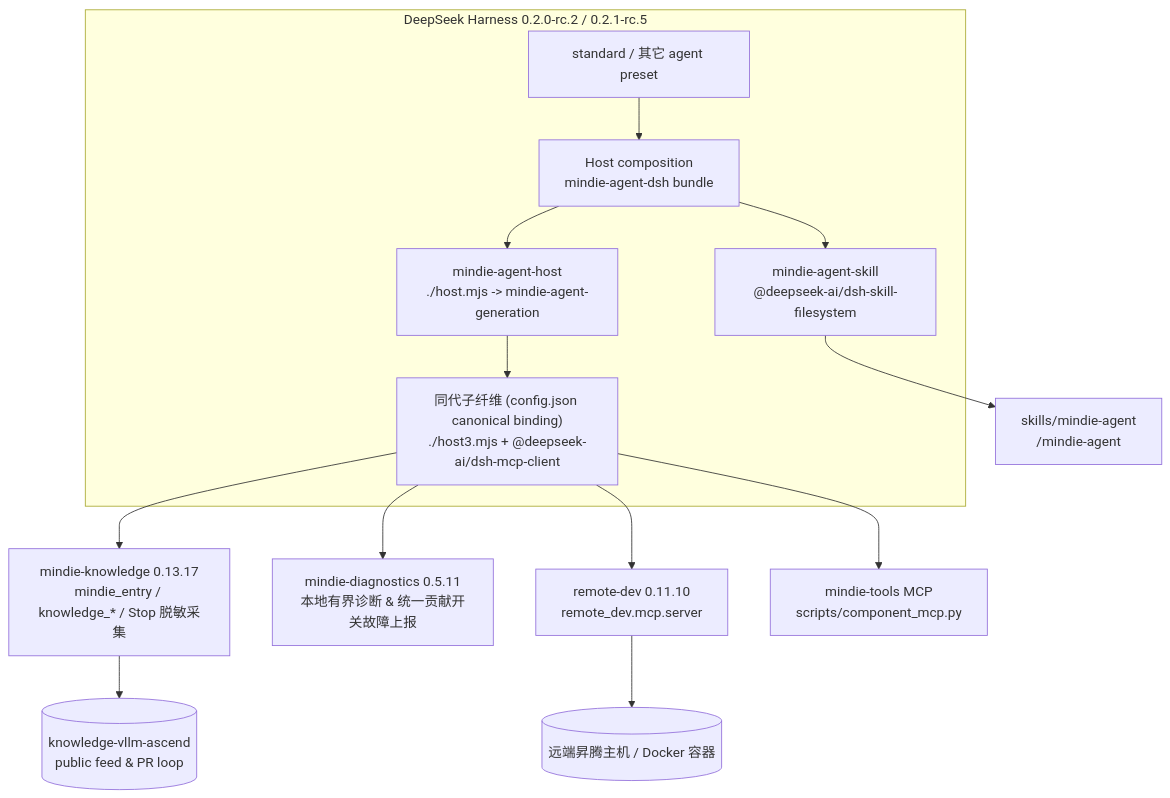
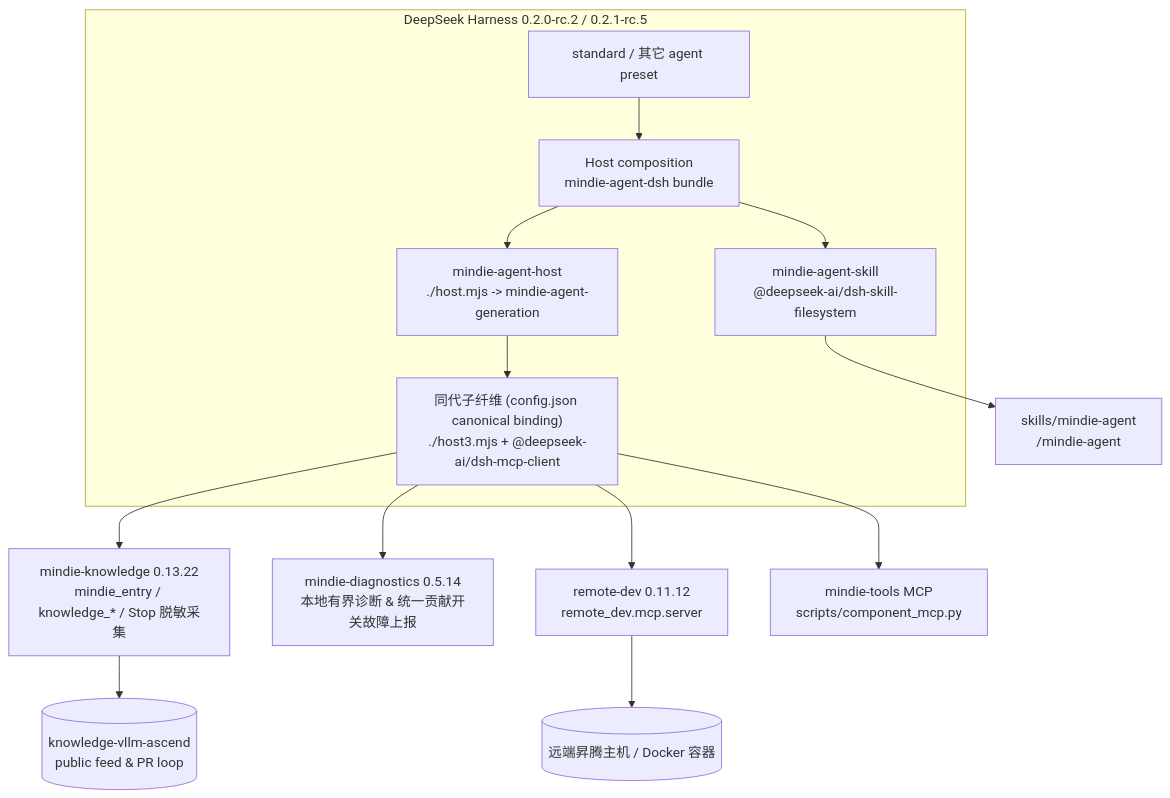
Before and after one commit to mindie-agent/mindie-agent-dsh: the diagram in README.md, drawn with Mermaid. The commit also changed other lines of this file and 28 other files, not shown here.

````diff
--- a/README.md
+++ b/README.md
@@ -169,21 +169,21 @@
 ```mermaid
 flowchart TB
   subgraph DSH["DeepSeek Harness 0.2.0-rc.2 / 0.2.1-rc.5"]
     HOST["Host composition<br/>mindie-agent-dsh bundle"]
     STD["standard / 其它 agent preset"]
     SKILL["mindie-agent-skill<br/>@deepseek-ai/dsh-skill-filesystem"]
     HPLUG["mindie-agent-host<br/>./host.mjs -> mindie-agent-generation"]
     GEN["同代子纤维 (config.json canonical binding)<br/>./host3.mjs + @deepseek-ai/dsh-mcp-client"]
     STD --> HOST
     HOST --> SKILL
     HOST --> HPLUG
     HPLUG --> GEN
   end
   SKILL --> SK["skills/mindie-agent<br/>/mindie-agent"]
-  GEN --> KS["mindie-knowledge 0.13.17<br/>mindie_entry / knowledge_* / Stop 脱敏采集"]
-  GEN --> DIAG["mindie-diagnostics 0.5.11<br/>本地有界诊断 & 统一贡献开关故障上报"]
+  GEN --> KS["mindie-knowledge 0.13.22<br/>mindie_entry / knowledge_* / Stop 脱敏采集"]
+  GEN --> DIAG["mindie-diagnostics 0.5.14<br/>本地有界诊断 & 统一贡献开关故障上报"]
   KS --> FEED[("knowledge-vllm-ascend<br/>public feed & PR loop")]
-  GEN --> RD["remote-dev 0.11.10<br/>remote_dev.mcp.server"]
+  GEN --> RD["remote-dev 0.11.12<br/>remote_dev.mcp.server"]
   GEN --> MT["mindie-tools MCP<br/>scripts/component_mcp.py"]
   RD --> NPU[("远端昇腾主机 / Docker 容器")]
 ```
````
